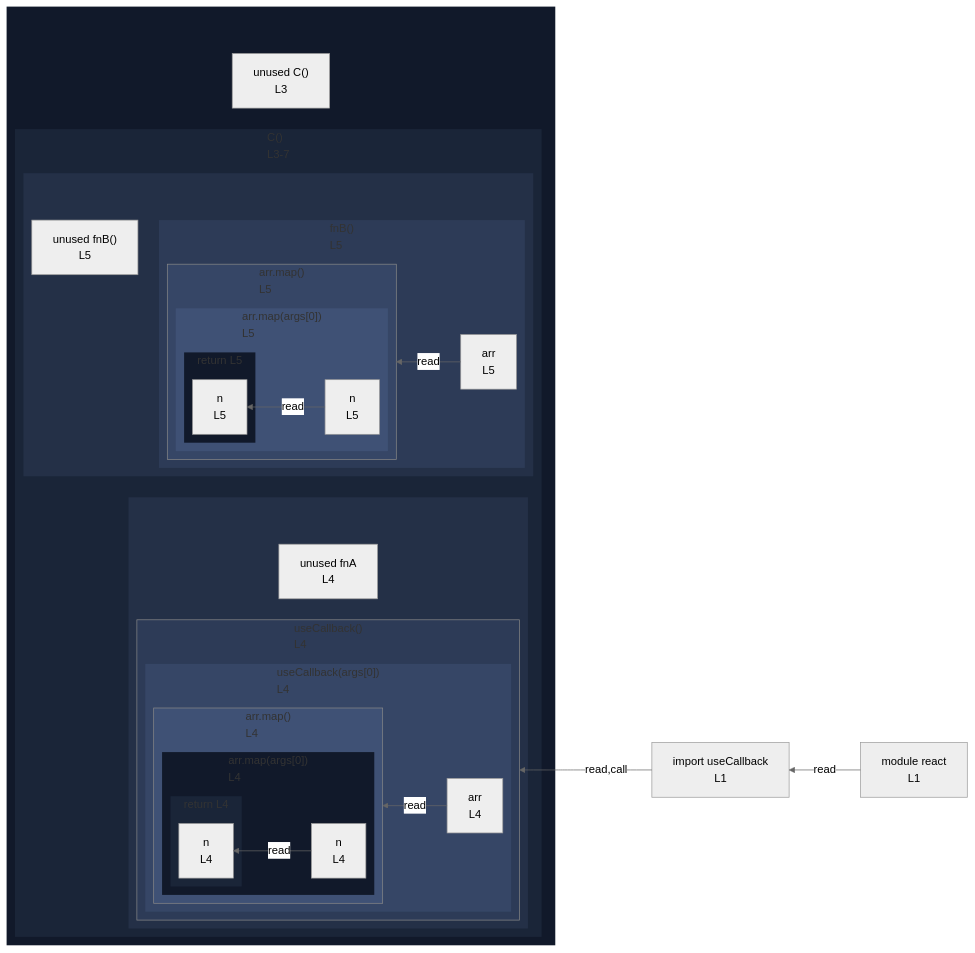
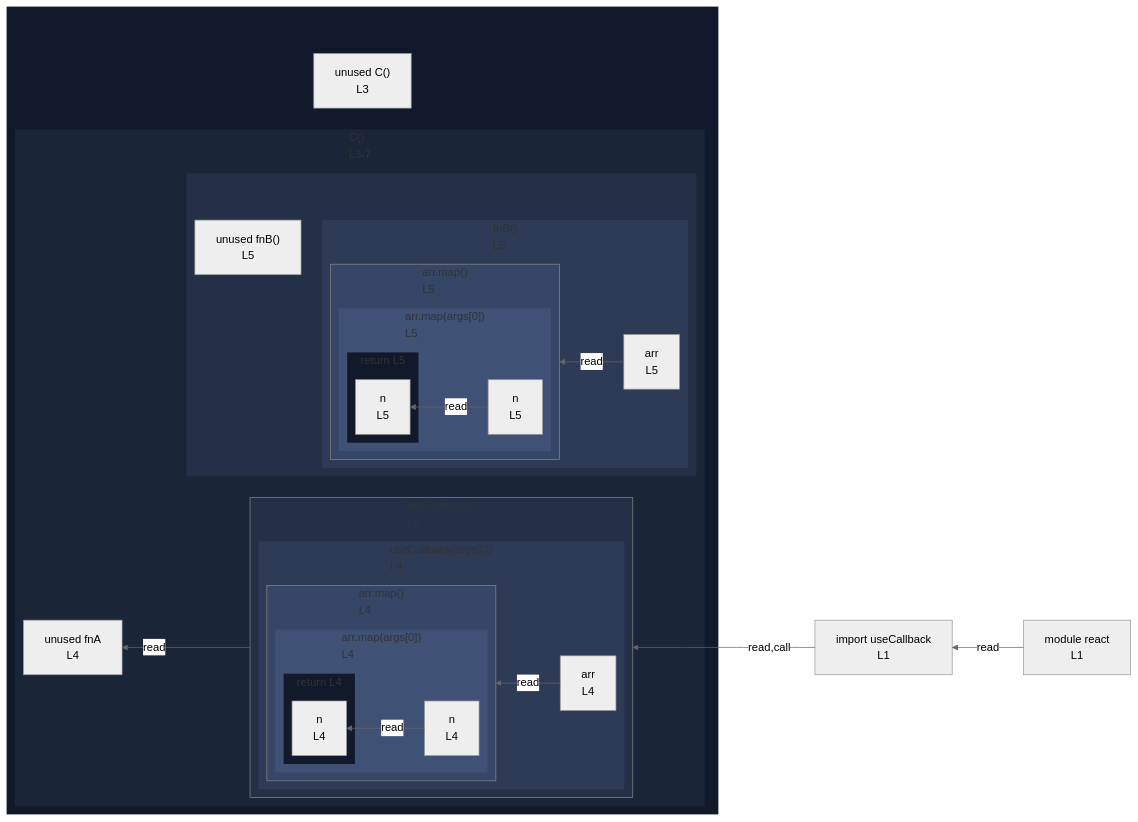
The diagram in integration/fixtures/jsx/use-callback/preview.md (crescware/unsnarl), drawn with Mermaid (neutral theme) before and after one commit. The commit also changed 105 other files, not shown here.

````diff
--- a/integration/fixtures/jsx/use-callback/preview.md
+++ b/integration/fixtures/jsx/use-callback/preview.md
@@ -23,23 +23,20 @@
     n_scope_0_C_44["unused C()<br/>L3"]
     subgraph s_scope_1["C()<br/>L3-7"]
       direction RL
-      subgraph wrap_call_proxy_70[" "]
-        direction TB
-        n_scope_1_fnA_64["unused fnA<br/>L4"]
-        subgraph call_proxy_70["useCallback()<br/>L4"]
+      n_scope_1_fnA_64["unused fnA<br/>L4"]
+      subgraph call_proxy_70["useCallback()<br/>L4"]
+        direction RL
+        subgraph s_scope_2["useCallback(args[0])<br/>L4"]
           direction RL
-          subgraph s_scope_2["useCallback(args[0])<br/>L4"]
+          n_scope_2_arr_83["arr<br/>L4"]
+          subgraph call_proxy_101["arr.map()<br/>L4"]
             direction RL
-            n_scope_2_arr_83["arr<br/>L4"]
-            subgraph call_proxy_101["arr.map()<br/>L4"]
+            subgraph s_scope_3["arr.map(args[0])<br/>L4"]
               direction RL
-              subgraph s_scope_3["arr.map(args[0])<br/>L4"]
+              n_scope_3_n_110["n<br/>L4"]
+              subgraph s_return_scope_0_C_44_116_121["return L4"]
                 direction RL
-                n_scope_3_n_110["n<br/>L4"]
-                subgraph s_return_scope_0_C_44_116_121["return L4"]
-                  direction RL
-                  ret_use_ref_4["n<br/>L4"]
-                end
+                ret_use_ref_4["n<br/>L4"]
               end
             end
           end
@@ -66,6 +63,7 @@
       end
     end
   end
+  call_proxy_70 -->|read| n_scope_1_fnA_64
   n_scope_0_useCallback_9 -->|read,call| call_proxy_70
   n_scope_2_arr_83 -->|read| call_proxy_101
   n_scope_3_n_110 -->|read| ret_use_ref_4
@@ -75,25 +73,24 @@
   mod_react -->|read| n_scope_0_useCallback_9
   classDef nestL1 fill:#11192a,stroke:transparent;
   class wrap_s_scope_1 nestL1;
-  class s_scope_3 nestL1;
+  class s_return_scope_0_C_44_116_121 nestL1;
   class s_return_scope_1_fnB_137_177_182 nestL1;
   classDef nestL2 fill:#1a2538,stroke:transparent;
   class s_scope_1 nestL2;
-  class s_return_scope_0_C_44_116_121 nestL2;
   classDef nestL3 fill:#243047,stroke:transparent;
-  class wrap_call_proxy_70 nestL3;
+  class call_proxy_70 nestL3;
   class wrap_s_scope_4 nestL3;
   classDef nestL4 fill:#2d3b57,stroke:transparent;
-  class call_proxy_70 nestL4;
+  class s_scope_2 nestL4;
   class s_scope_4 nestL4;
   classDef nestL5 fill:#364666,stroke:transparent;
-  class s_scope_2 nestL5;
+  class call_proxy_101 nestL5;
   class call_proxy_162 nestL5;
   classDef nestL6 fill:#3f5175,stroke:transparent;
-  class call_proxy_101 nestL6;
+  class s_scope_3 nestL6;
   class s_scope_5 nestL6;
   classDef edgeTargetSubgraph stroke:#888;
   class call_proxy_70 edgeTargetSubgraph;
+  class call_proxy_101 edgeTargetSubgraph;
   class call_proxy_162 edgeTargetSubgraph;
-  class call_proxy_101 edgeTargetSubgraph;
 ```
````
